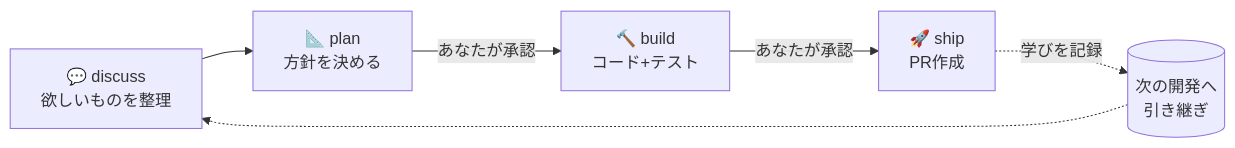
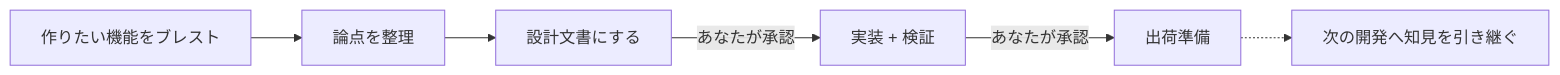
The diagram in README.ja.md (ELUNOX/mochiflow), drawn with Mermaid before and after one commit. The commit also changed other lines of this file and 8 other files, not shown here.

````diff
--- a/README.ja.md
+++ b/README.ja.md
@@ -44,8 +115,8 @@
 ```mermaid
 flowchart LR
-    A["💬 discuss<br/>欲しいものを整理"] --> B["📐 plan<br/>方針を決める"]
-    B -->|"あなたが承認"| C["🔨 build<br/>コード+テスト"]
-    C -->|"あなたが承認"| D["🚀 ship<br/>PR作成"]
-    D -.->|"学びを記録"| E[(次の開発へ<br/>引き継ぎ)]
-    E -.-> A
+    A["作りたい機能をブレスト"] --> B["論点を整理"]
+    B --> C["設計文書にする"]
+    C -->|"あなたが承認"| D["実装 + 検証"]
+    D -->|"あなたが承認"| E["出荷準備"]
+    E -.-> F["次の開発へ知見を引き継ぐ"]
 ```
````
